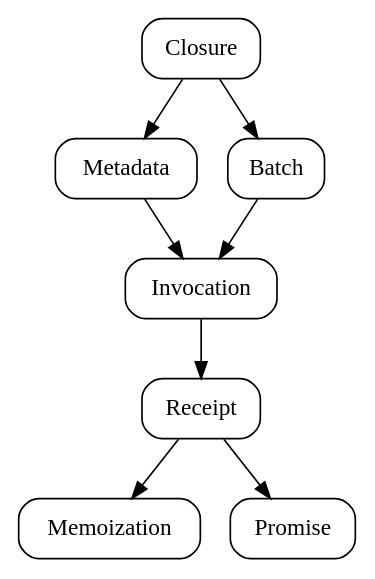
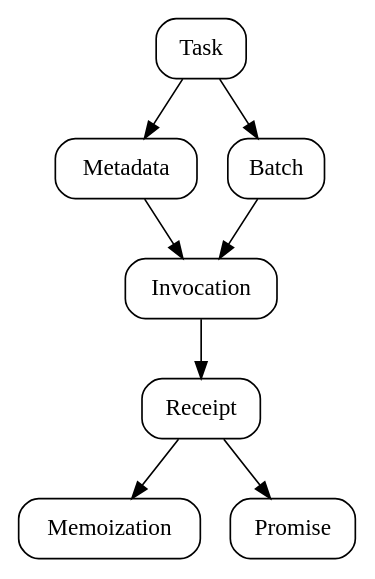
The diagram in diagrams/concepts.dot (ucan-wg/invocation), drawn with Graphviz before and after one commit. The commit also changed 1 other file, not shown here.

Commit message:
s/closure/task/

```diff
--- a/diagrams/concepts.dot
+++ b/diagrams/concepts.dot
@@ -1,10 +1,10 @@
 digraph {
     node [
       style = rounded
       shape = box
     ]
 
-    Closure -> Metadata -> Invocation
-    Closure -> Batch    -> Invocation -> Receipt -> Memoization
-                                         Receipt -> Promise
+    Task -> Metadata -> Invocation
+    Task -> Batch    -> Invocation -> Receipt -> Memoization
+                                      Receipt -> Promise
 }
```
